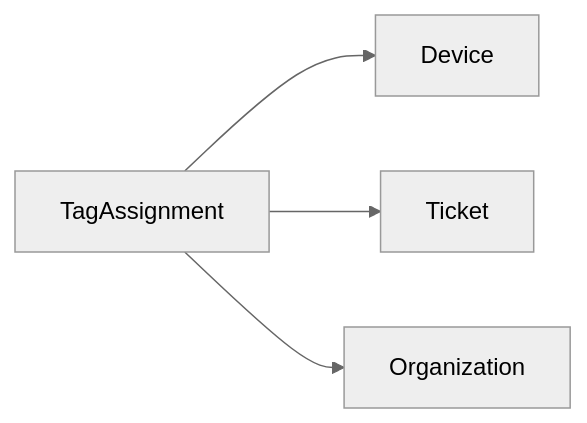
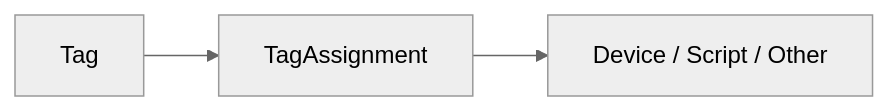
One commit to flamingo-stack/openframe-oss-lib changed the sixth of 6 diagrams in docs/reference/architecture/data-mongo-domain-model/data-mongo-domain-model.md. Above: the diagram before and after it, drawn with Mermaid (neutral theme). The commit also changed other lines of this file and 1809 other files, not shown here.

````diff
--- a/docs/reference/architecture/data-mongo-domain-model/data-mongo-domain-model.md
+++ b/docs/reference/architecture/data-mongo-domain-model/data-mongo-domain-model.md
@@ -403,6 +281,5 @@
 ```mermaid
 flowchart LR
-    TagAssignment["TagAssignment"] --> Device
-    TagAssignment --> Ticket
-    TagAssignment --> Organization
+    Tag["Tag"] --> Assignment["TagAssignment"]
+    Assignment --> Entity["Device / Script / Other"]
 ```
````
